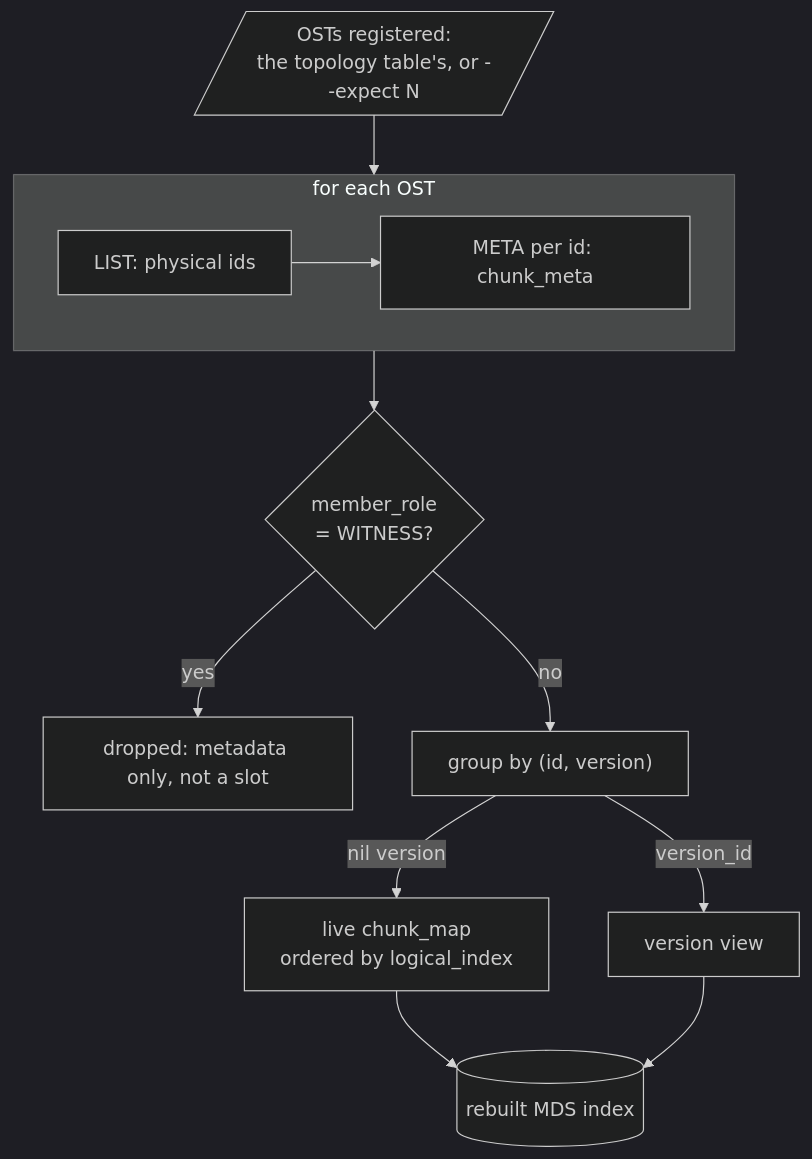
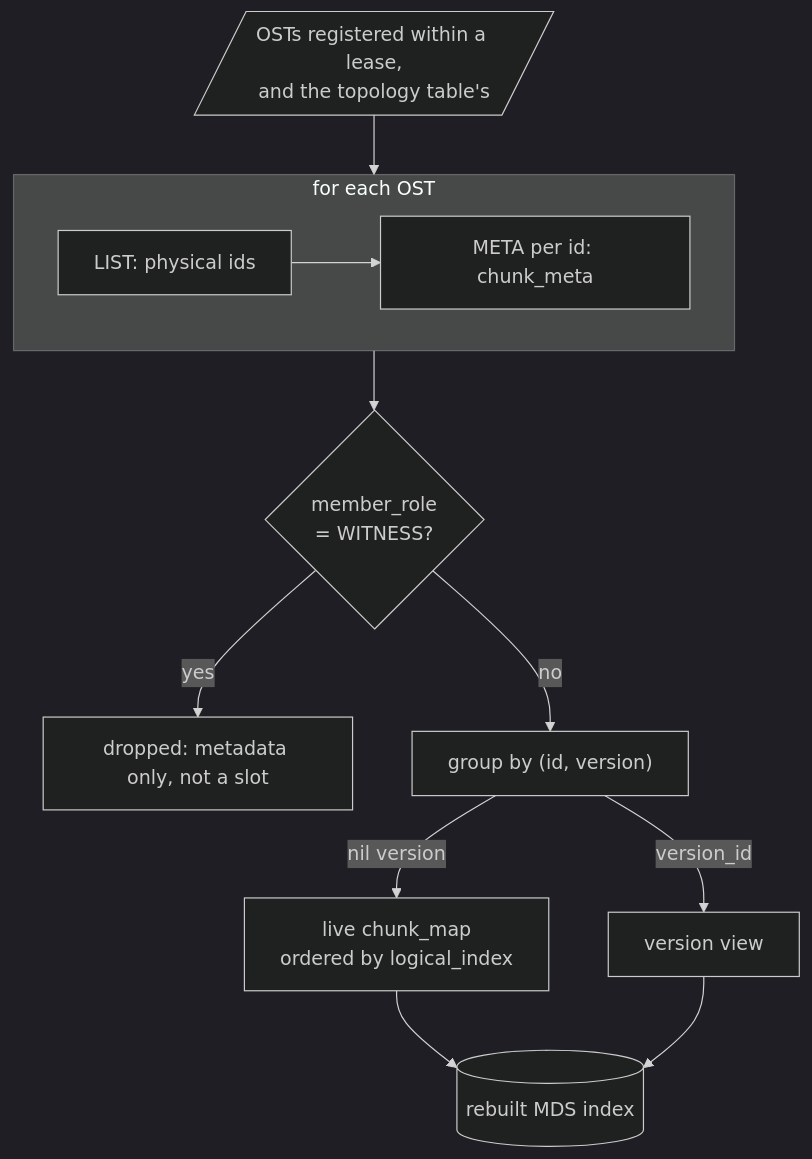
The seventh of 7 diagrams in docs/mds.md (rawstor/librawstor), drawn with Mermaid (dark theme) before and after one commit. The commit also changed other lines of this file and 8 other files, not shown here.

````diff
--- a/docs/mds.md
+++ b/docs/mds.md
@@ -1147,15 +1147,15 @@
 ```mermaid
 flowchart TB
-    T[/"OSTs registered:<br/>the topology table's, or --expect N"/] --> Scan
+    T[/"OSTs registered within a lease,<br/>and the topology table's"/] --> Scan
     subgraph Scan ["for each OST"]
         direction LR
         L["LIST: physical ids"] --> Me["META per id: chunk_meta"]
     end
     Scan --> W{"member_role<br/>= WITNESS?"}
     W -- yes --> Drop["dropped: metadata only, not a slot"]
     W -- no --> G["group by (id, version)"]
     G -- "nil version" --> Live["live chunk_map<br/>ordered by logical_index"]
     G -- "version_id" --> Version["version view"]
     Live --> DB[("rebuilt MDS index")]
     Version --> DB
 ```
````
